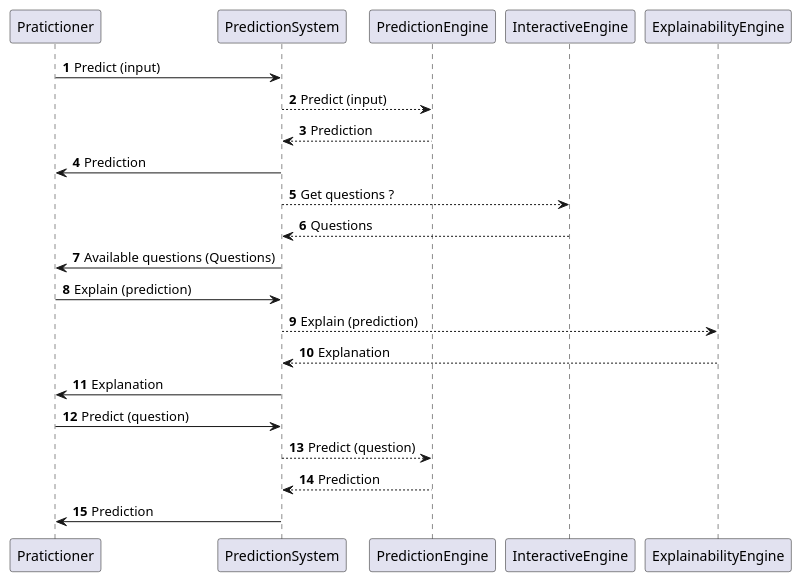
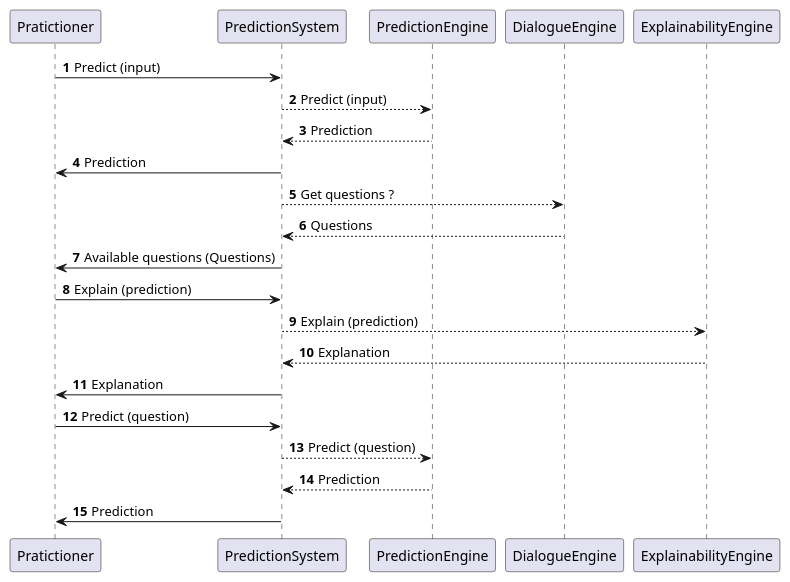
One commit to gitgabrio/interactive-predictions changed the diagram in documentation/plantuml/SequenceView_RPGStyle.puml. Above: the diagram before and after it, drawn with PlantUML. The commit also changed 6 other files, not shown here.

```diff
--- a/documentation/plantuml/SequenceView_RPGStyle.puml
+++ b/documentation/plantuml/SequenceView_RPGStyle.puml
@@ -1,24 +1,24 @@
 @startuml
 'https://plantuml.com/sequence-diagram
 
 autonumber
 
 Pratictioner -> PredictionSystem: Predict (input)
 PredictionSystem --> PredictionEngine: Predict (input)
 PredictionEngine --> PredictionSystem: Prediction
 PredictionSystem -> Pratictioner: Prediction
-PredictionSystem --> InteractiveEngine: Get questions ?
-InteractiveEngine --> PredictionSystem: Questions
+PredictionSystem --> DialogueEngine: Get questions ?
+DialogueEngine --> PredictionSystem: Questions
 PredictionSystem -> Pratictioner: Available questions (Questions)
 
 Pratictioner -> PredictionSystem: Explain (prediction)
 PredictionSystem --> ExplainabilityEngine: Explain (prediction)
 ExplainabilityEngine --> PredictionSystem: Explanation
 PredictionSystem -> Pratictioner: Explanation
 
 Pratictioner -> PredictionSystem: Predict (question)
 PredictionSystem --> PredictionEngine: Predict (question)
 PredictionEngine --> PredictionSystem: Prediction
 PredictionSystem -> Pratictioner: Prediction
 
 @enduml
```
